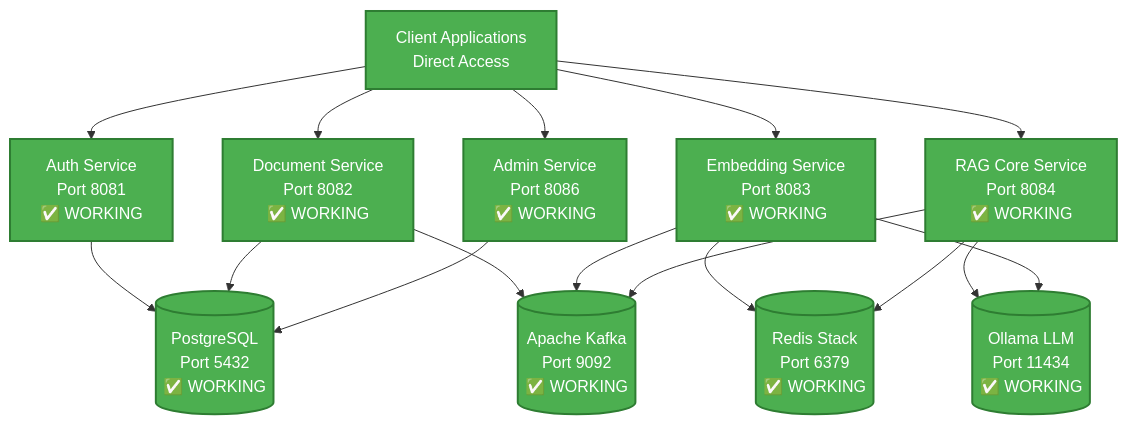
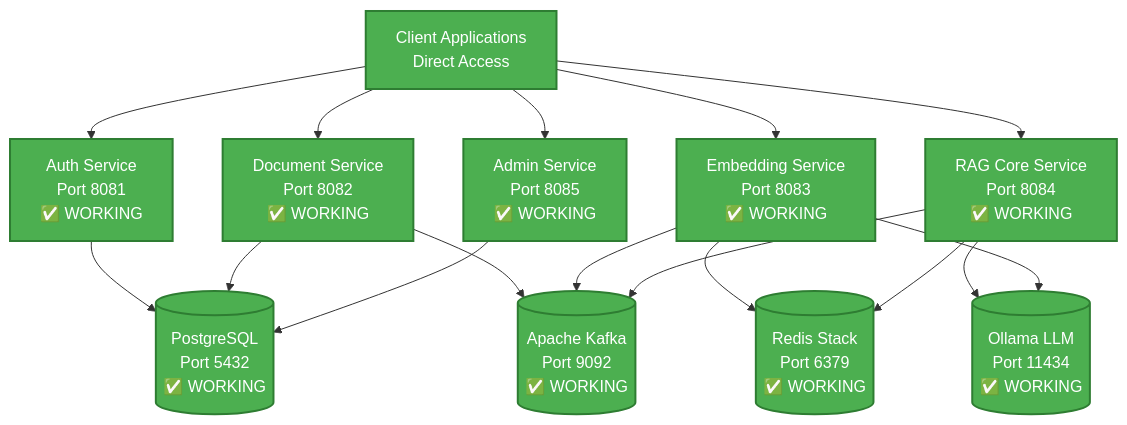
The diagram in README.md (texican/RAG), drawn with Mermaid before and after one commit. The commit also changed other lines of this file and 12 other files, not shown here.

First line of the commit message:
fix: Correct Admin service port from 8086 to 8085

````diff
--- a/README.md
+++ b/README.md
@@ -243,36 +243,36 @@
 ```mermaid
 graph TB
     Client[Client Applications<br/>Direct Access]
     Auth[Auth Service<br/>Port 8081<br/>✅ WORKING]
     Doc[Document Service<br/>Port 8082<br/>✅ WORKING]
     Embed[Embedding Service<br/>Port 8083<br/>✅ WORKING]
     Core[RAG Core Service<br/>Port 8084<br/>✅ WORKING]
-    Admin[Admin Service<br/>Port 8086<br/>✅ WORKING]
+    Admin[Admin Service<br/>Port 8085<br/>✅ WORKING]
 
     PG[(PostgreSQL<br/>Port 5432<br/>✅ WORKING)]
     Redis[(Redis Stack<br/>Port 6379<br/>✅ WORKING)]
     Kafka[(Apache Kafka<br/>Port 9092<br/>✅ WORKING)]
     Ollama[(Ollama LLM<br/>Port 11434<br/>✅ WORKING)]
 
     Client --> Auth
     Client --> Doc
     Client --> Embed
     Client --> Core
     Client --> Admin
 
     Auth --> PG
     Doc --> PG
     Embed --> Redis
     Core --> Redis
     Admin --> PG
 
     Doc --> Kafka
     Embed --> Kafka
     Core --> Kafka
 
     Core --> Ollama
     Embed --> Ollama
 
     classDef working fill:#4CAF50,stroke:#2E7D32,stroke-width:2px,color:#FFFFFF;
     class Client,Auth,Doc,Embed,Core,Admin,PG,Redis,Kafka,Ollama working;
 ```
````
